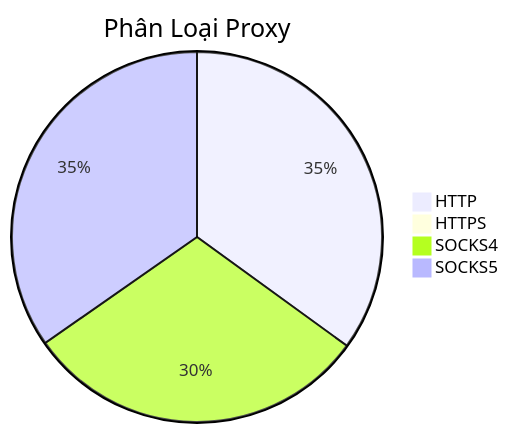
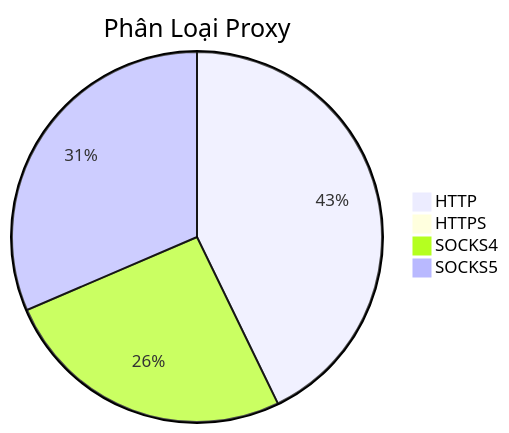
One commit to Ciara-12/PROXY-free changed the diagram in README.md. Above: the diagram before and after it, drawn with Mermaid. The commit also changed other lines of this file and 3 other files, not shown here.

````diff
--- a/README.md
+++ b/README.md
@@ -26,7 +26,7 @@
 ```mermaid
 pie title Phân Loại Proxy
-    "HTTP" : 366
+    "HTTP" : 479
     "HTTPS" : 0
-    "SOCKS4" : 317
-    "SOCKS5" : 363
+    "SOCKS4" : 288
+    "SOCKS5" : 352
 ```
````
